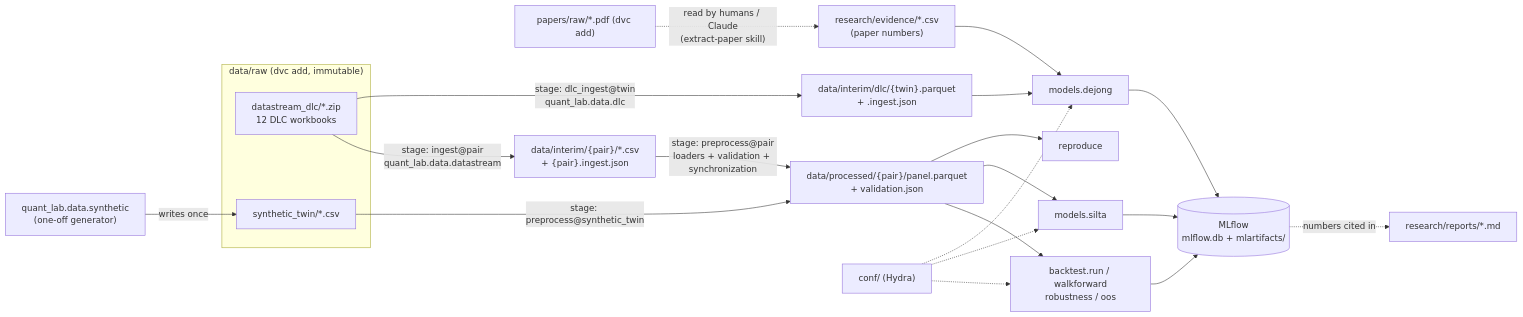
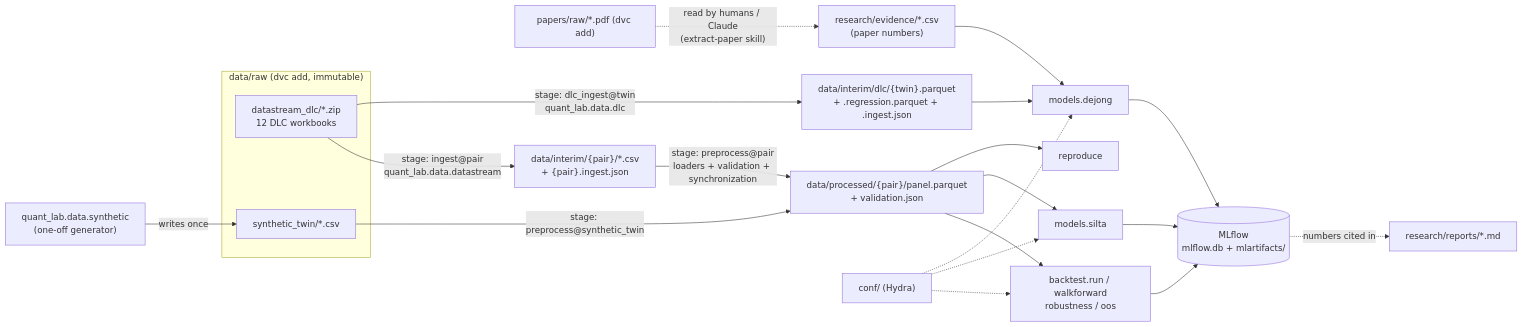
One commit to tsNoordam/quant-lab changed the first of 4 diagrams in docs/ARCHITECTURE.md. Above: the diagram before and after it, drawn with Mermaid. The commit also changed other lines of this file and 24 other files, not shown here.

````diff
--- a/docs/ARCHITECTURE.md
+++ b/docs/ARCHITECTURE.md
@@ -88,31 +88,31 @@
 ```mermaid
 flowchart LR
     subgraph RAW["data/raw (dvc add, immutable)"]
         ZIP["datastream_dlc/*.zip<br/>12 DLC workbooks"]
         SYN["synthetic_twin/*.csv"]
     end
     PDF["papers/raw/*.pdf (dvc add)"]
 
     GEN["quant_lab.data.synthetic<br/>(one-off generator)"] -->|writes once| SYN
 
     ZIP -->|"stage: ingest@pair<br/>quant_lab.data.datastream"| INT["data/interim/{pair}/*.csv<br/>+ {pair}.ingest.json"]
-    ZIP -->|"stage: dlc_ingest@twin<br/>quant_lab.data.dlc"| DLC["data/interim/dlc/{twin}.parquet<br/>+ .ingest.json"]
+    ZIP -->|"stage: dlc_ingest@twin<br/>quant_lab.data.dlc"| DLC["data/interim/dlc/{twin}.parquet<br/>+ .regression.parquet + .ingest.json"]
     INT -->|"stage: preprocess@pair<br/>loaders + validation + synchronization"| PANEL["data/processed/{pair}/panel.parquet<br/>+ validation.json"]
     SYN -->|"stage: preprocess@synthetic_twin"| PANEL
 
     PANEL --> RUN["backtest.run / walkforward<br/>robustness / oos"]
     PANEL --> SILTA["models.silta"]
     PANEL --> REPRO["reproduce"]
     DLC --> DEJONG["models.dejong"]
     EVID["research/evidence/*.csv<br/>(paper numbers)"] --> DEJONG
     PDF -.->|"read by humans / Claude<br/>(extract-paper skill)"| EVID
 
     CONF["conf/ (Hydra)"] -.-> RUN
     CONF -.-> SILTA
     CONF -.-> DEJONG
 
     RUN --> MLF[("MLflow<br/>mlflow.db + mlartifacts/")]
     SILTA --> MLF
     DEJONG --> MLF
     MLF -.->|"numbers cited in"| REP["research/reports/*.md"]
 ```
````
